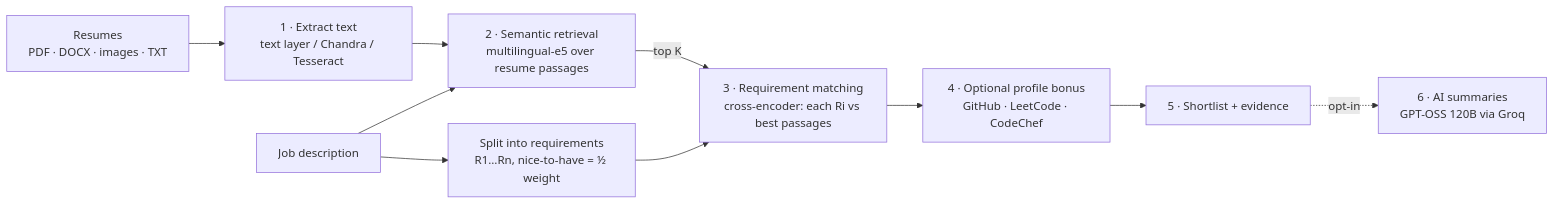
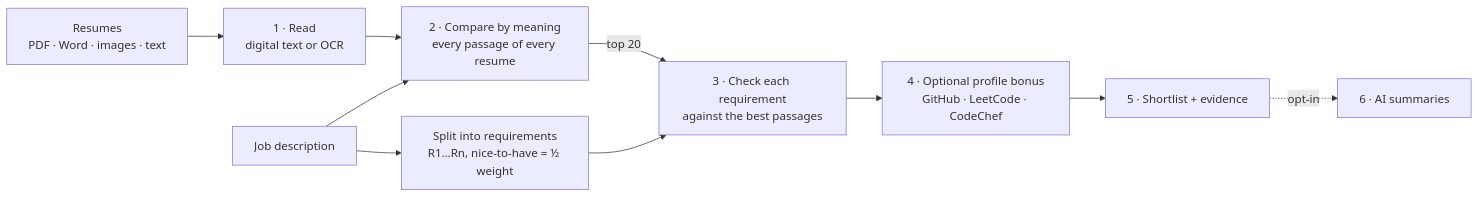
Before and after one commit to Varad1006/Smart-resume-shortlisting-system: the diagram in README.md, drawn with Mermaid. The commit also changed other lines of this file and 32 other files, not shown here.

````diff
--- a/README.md
+++ b/README.md
@@ -102,12 +51,12 @@
 ```mermaid
 flowchart LR
-    A[Resumes<br/>PDF · DOCX · images · TXT] --> B[1 · Extract text<br/>text layer / Chandra / Tesseract]
+    A[Resumes<br/>PDF · Word · images · text] --> B[1 · Read<br/>digital text or OCR]
     J[Job description] --> R[Split into requirements<br/>R1…Rn, nice-to-have = ½ weight]
-    B --> C[2 · Semantic retrieval<br/>multilingual-e5 over resume passages]
+    B --> C[2 · Compare by meaning<br/>every passage of every resume]
     J --> C
-    C -->|top K| D[3 · Requirement matching<br/>cross-encoder: each Ri vs best passages]
+    C -->|top 20| D[3 · Check each requirement<br/>against the best passages]
     R --> D
     D --> E[4 · Optional profile bonus<br/>GitHub · LeetCode · CodeChef]
     E --> F[5 · Shortlist + evidence]
-    F -.->|opt-in| G[6 · AI summaries<br/>GPT-OSS 120B via Groq]
+    F -.->|opt-in| G[6 · AI summaries]
 ```
````
